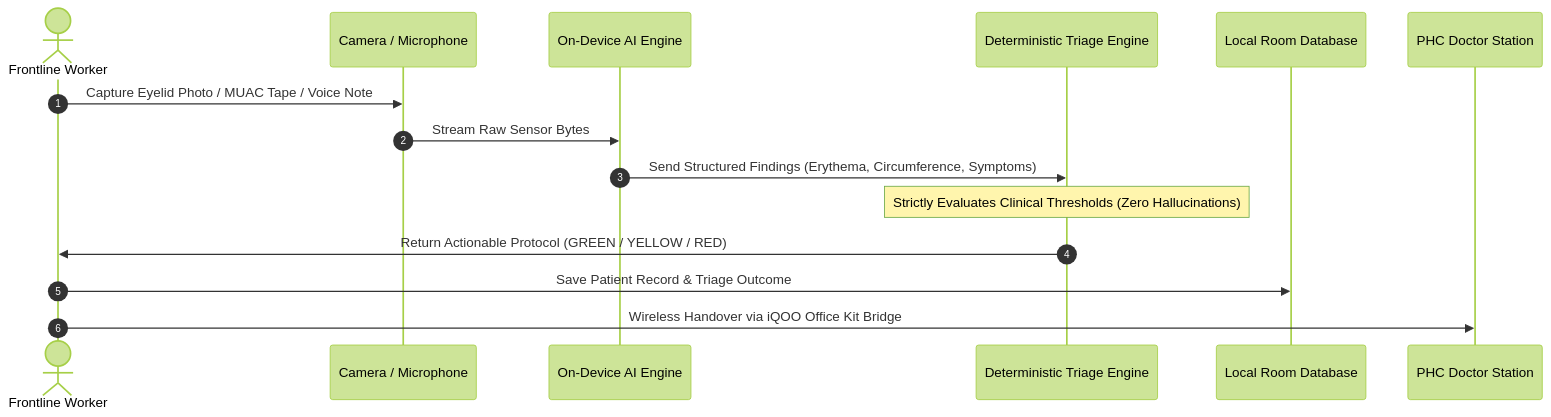
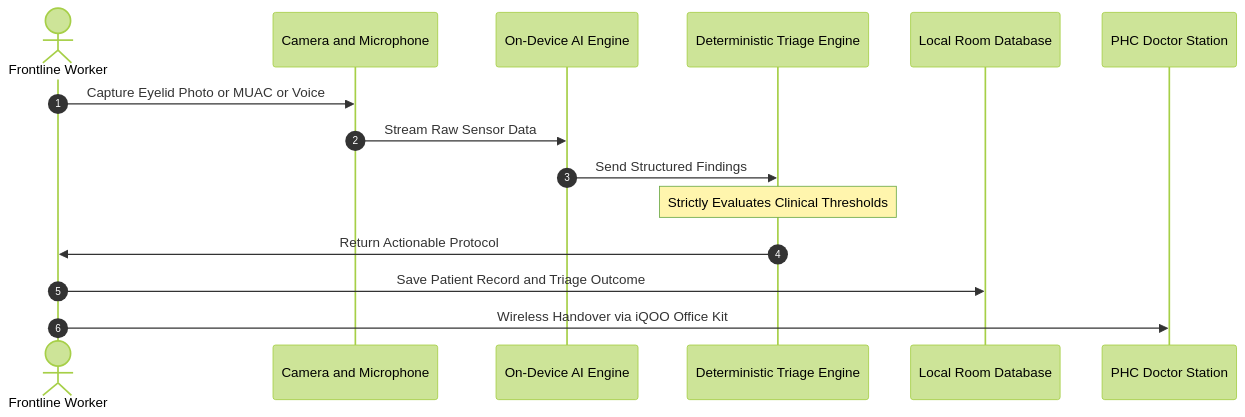
Before and after one commit to SarthakNC/Nidan-AI---IQOO-INDIA-HACKATHON-IDEA-SUBMISSION: the fourth of 4 diagrams in README.md, drawn with Mermaid (forest theme). The commit also changed other lines of this file, not shown here.

First line of the commit message:
docs: update architecture flowchart in README

````diff
--- a/README.md
+++ b/README.md
@@ -237,18 +246,18 @@
 ```mermaid
 sequenceDiagram
     autonumber
     actor ASHA as Frontline Worker
-    participant Sensor as Camera / Microphone
+    participant Sensor as Camera and Microphone
     participant AI as On-Device AI Engine
     participant Gatekeeper as Deterministic Triage Engine
     participant DB as Local Room Database
     participant Doctor as PHC Doctor Station
 
-    ASHA->>Sensor: Capture Eyelid Photo / MUAC Tape / Voice Note
-    Sensor->>AI: Stream Raw Sensor Bytes
-    AI->>Gatekeeper: Send Structured Findings (Erythema, Circumference, Symptoms)
-    Note over Gatekeeper: Strictly Evaluates Clinical Thresholds (Zero Hallucinations)
-    Gatekeeper->>ASHA: Return Actionable Protocol (GREEN / YELLOW / RED)
-    ASHA->>DB: Save Patient Record & Triage Outcome
-    ASHA->>Doctor: Wireless Handover via iQOO Office Kit Bridge
+    ASHA->>Sensor: Capture Eyelid Photo or MUAC or Voice
+    Sensor->>AI: Stream Raw Sensor Data
+    AI->>Gatekeeper: Send Structured Findings
+    Note over Gatekeeper: Strictly Evaluates Clinical Thresholds
+    Gatekeeper->>ASHA: Return Actionable Protocol
+    ASHA->>DB: Save Patient Record and Triage Outcome
+    ASHA->>Doctor: Wireless Handover via iQOO Office Kit
 ```
````
